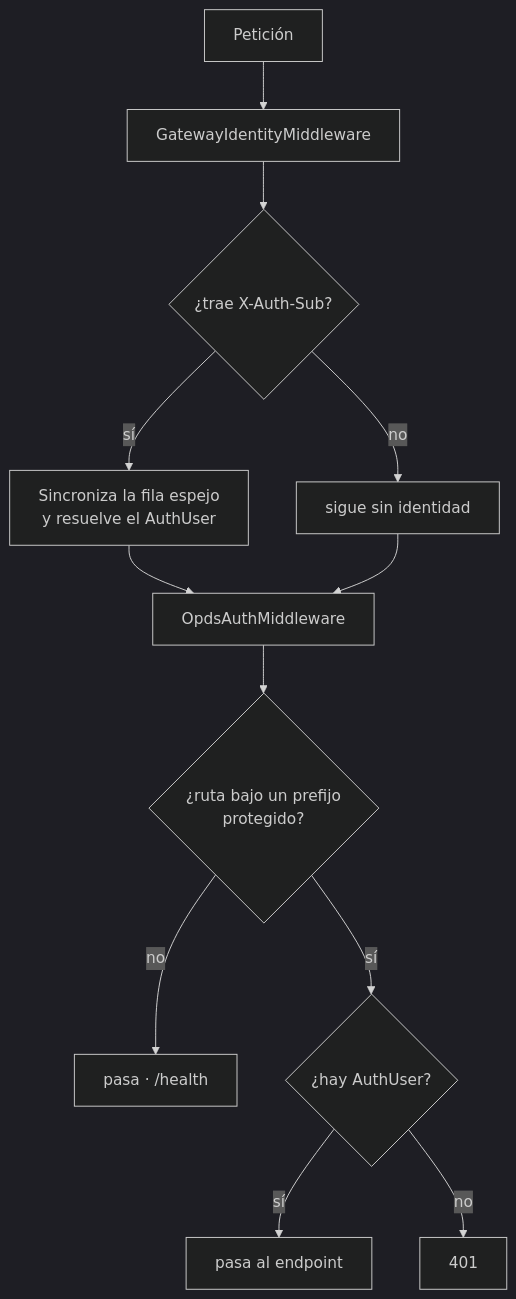
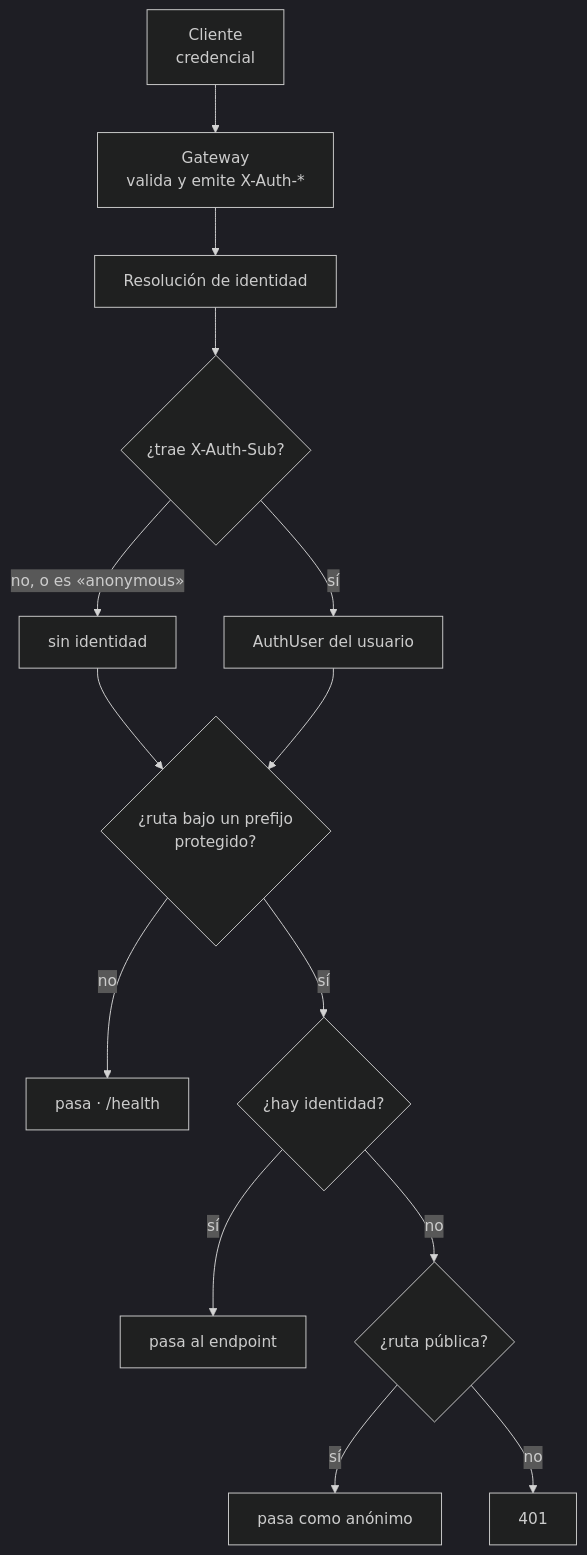
One commit to d2a3n4i5e6l7/DiarSpeicher changed the diagram in documentation/backend/05-autenticacion-actual.md. Above: the diagram before and after it, drawn with Mermaid (dark theme). The commit also changed other lines of this file and 45 other files, not shown here.

````diff
--- a/documentation/backend/05-autenticacion-actual.md
+++ b/documentation/backend/05-autenticacion-actual.md
@@ -12,14 +11,16 @@
 ```mermaid
 flowchart TB
-    R["Petición"] --> G["GatewayIdentityMiddleware"]
+    CL["Cliente<br/>credencial"] --> GW["Gateway<br/>valida y emite X-Auth-*"]
+    GW --> G["Resolución de identidad"]
     G --> H{"¿trae X-Auth-Sub?"}
-    H -->|no| N["sigue sin identidad"]
-    H -->|sí| M["Sincroniza la fila espejo<br/>y resuelve el AuthUser"]
-    M --> O["OpdsAuthMiddleware"]
-    N --> O
-    O --> P{"¿ruta bajo un prefijo<br/>protegido?"}
+    H -->|no, o es «anonymous»| N["sin identidad"]
+    H -->|sí| M["AuthUser del usuario"]
+    N --> P{"¿ruta bajo un prefijo<br/>protegido?"}
+    M --> P
     P -->|no| PASS["pasa · /health"]
-    P -->|sí| Q{"¿hay AuthUser?"}
+    P -->|sí| Q{"¿hay identidad?"}
     Q -->|sí| PASS2["pasa al endpoint"]
-    Q -->|no| E["401"]
+    Q -->|no| R{"¿ruta pública?"}
+    R -->|sí| ANON["pasa como anónimo"]
+    R -->|no| E["401"]
 ```
````
